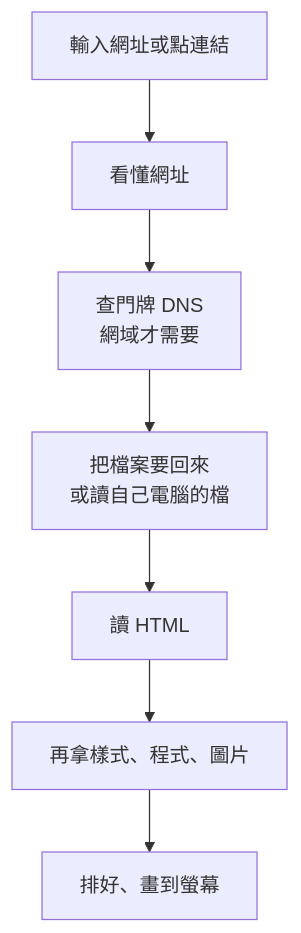
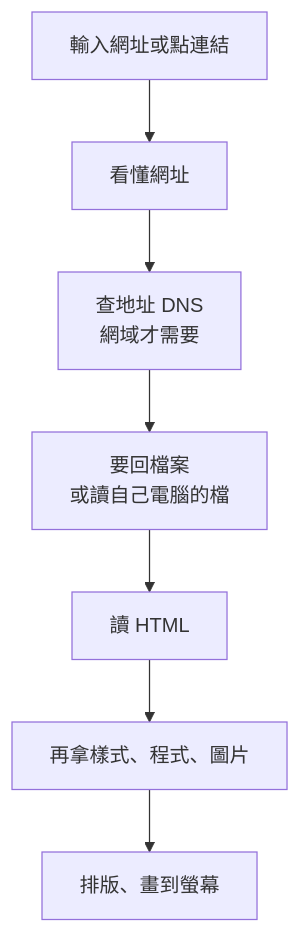
One commit to summer10920/summer10920.github.io changed the second of 4 diagrams in source/_posts/lokiTech-15day-01-tools.md. Above: the diagram before and after it, drawn with Mermaid. The commit also changed other lines of this file and 17 other files, not shown here.

```diff
--- a/source/_posts/lokiTech-15day-01-tools.md
+++ b/source/_posts/lokiTech-15day-01-tools.md
@@ -67,8 +71,8 @@
 {% mermaid graph TD %}
 nav["輸入網址或點連結"] --> parse["看懂網址"]
-parse --> dns["查門牌 DNS<br/>網域才需要"]
-dns --> bytes["把檔案要回來<br/>或讀自己電腦的檔"]
+parse --> dns["查地址 DNS<br/>網域才需要"]
+dns --> bytes["要回檔案<br/>或讀自己電腦的檔"]
 bytes --> dom["讀 HTML"]
 dom --> sub["再拿樣式、程式、圖片"]
-sub --> paint["排好、畫到螢幕"]
+sub --> paint["排版、畫到螢幕"]
 {% endmermaid %}
```
